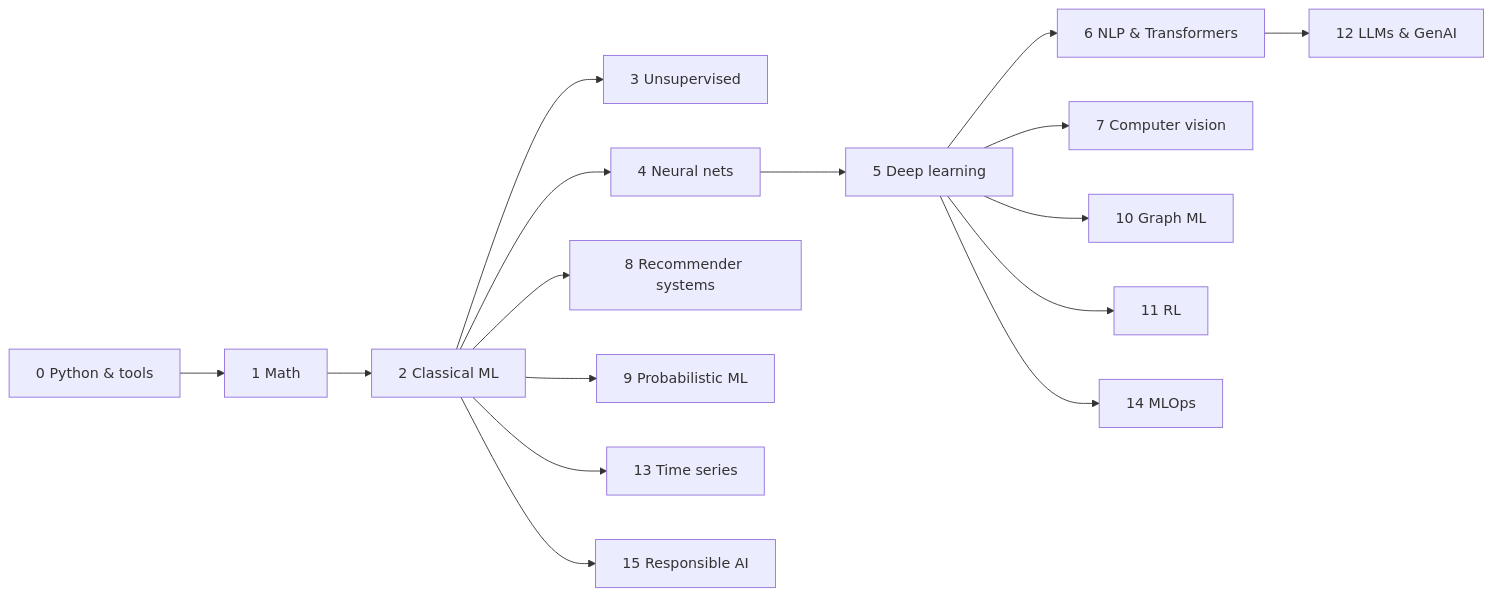
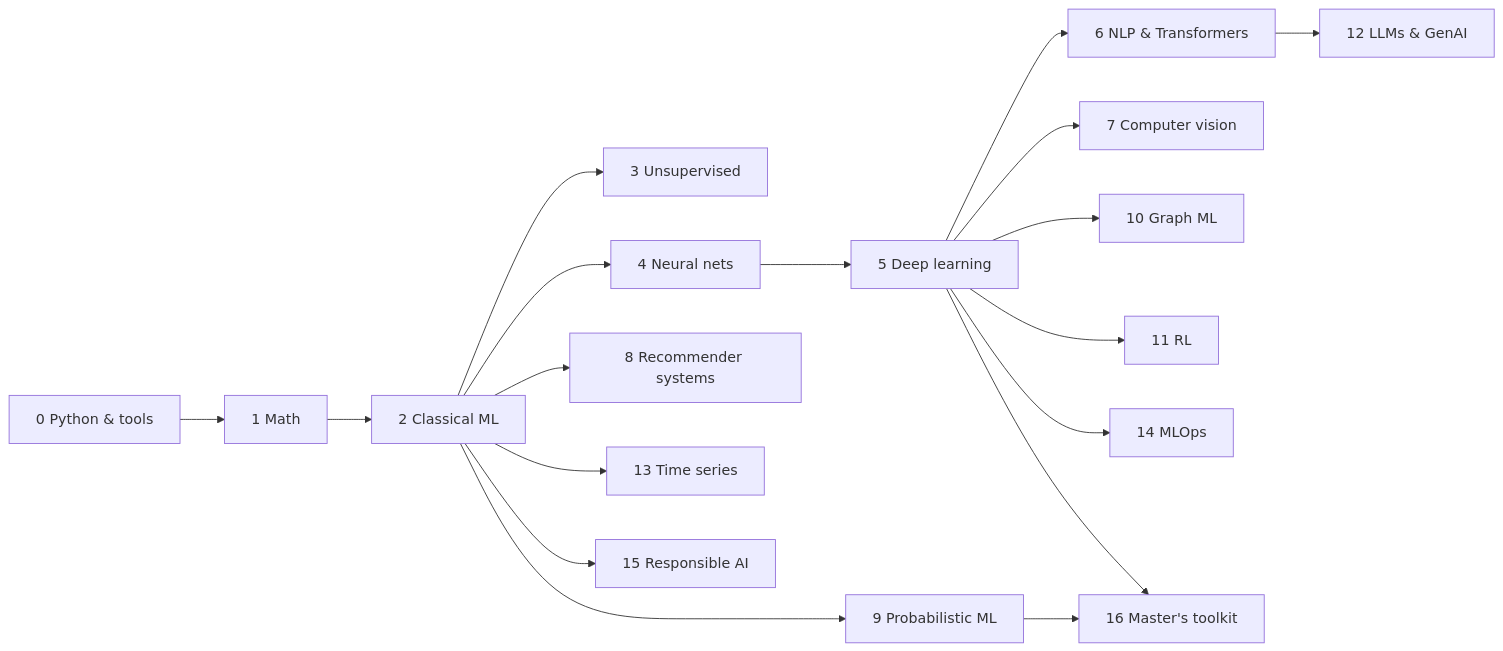
The diagram in Machine Learning/00 - Learning Path.md (Andreas-Hum/UniNotes), drawn with Mermaid before and after one commit. The commit also changed other lines of this file and 15 other files, not shown here.

First line of the commit message:
Add multimodal recsys, MIT 6.S191 and a master's toolkit

````diff
--- a/Machine Learning/00 - Learning Path.md
+++ b/Machine Learning/00 - Learning Path.md
@@ -11,18 +11,20 @@
 ```mermaid
 graph LR
   S0[0 Python & tools] --> S1[1 Math]
   S1 --> S2[2 Classical ML]
   S2 --> S3[3 Unsupervised]
   S2 --> S4[4 Neural nets]
   S4 --> S5[5 Deep learning]
   S5 --> S6[6 NLP & Transformers]
   S5 --> S7[7 Computer vision]
   S2 --> S8[8 Recommender systems]
   S2 --> S9[9 Probabilistic ML]
   S5 --> S10[10 Graph ML]
   S5 --> S11[11 RL]
   S6 --> S12[12 LLMs & GenAI]
   S2 --> S13[13 Time series]
   S5 --> S14[14 MLOps]
   S2 --> S15[15 Responsible AI]
+  S5 --> S16[16 Master's toolkit]
+  S9 --> S16
 ```
````
